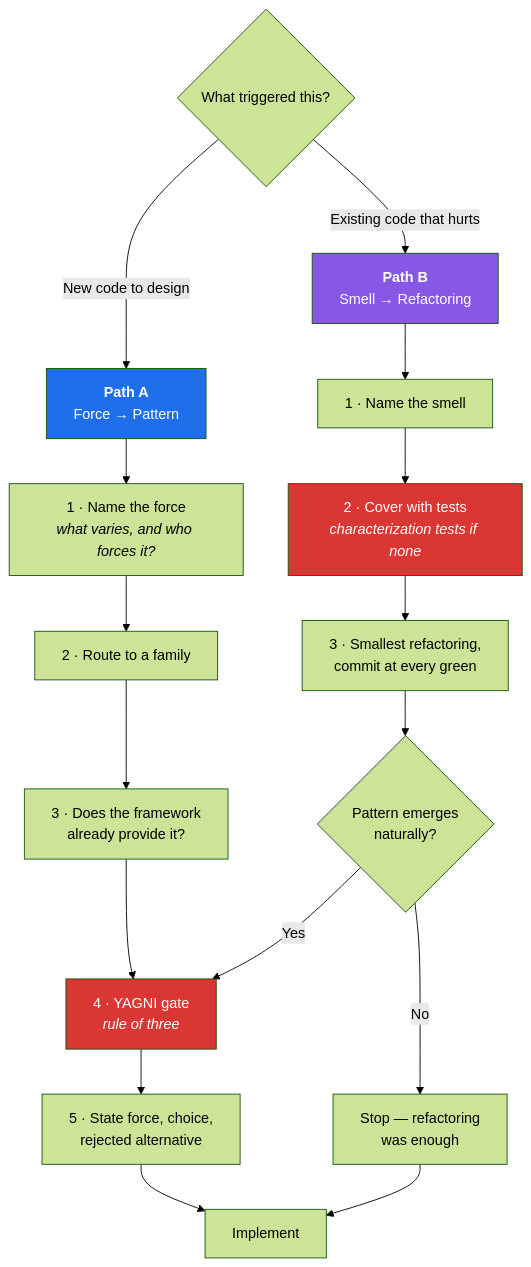
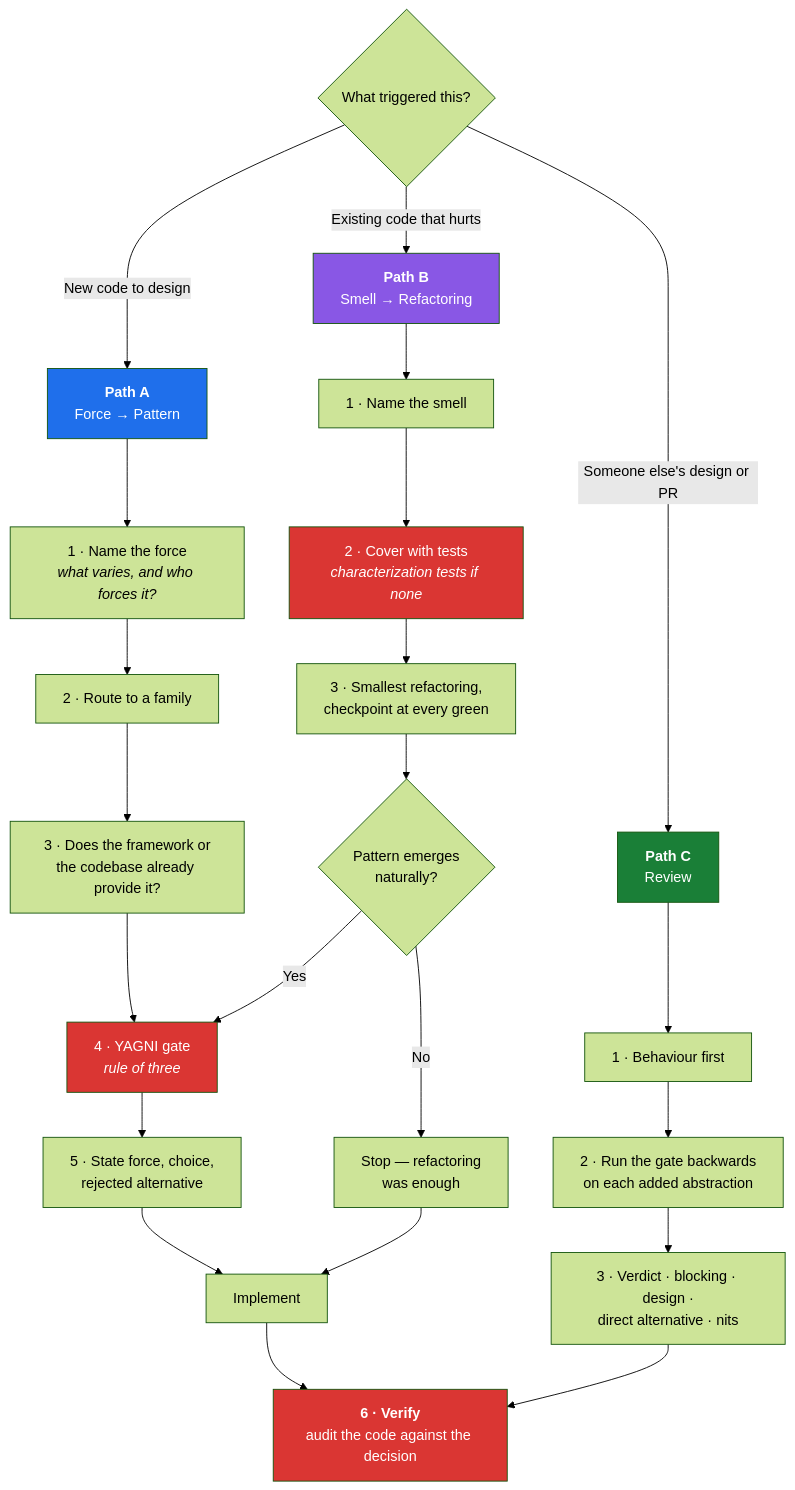
Before and after one commit to christianpasinrey/refactoring.guru-skill: the diagram in README.md, drawn with Mermaid (forest theme). The commit also changed other lines of this file and 12 other files, not shown here.

First line of the commit message:
Add review path, post-implementation verification and testing reference

````diff
--- a/README.md
+++ b/README.md
@@ -103,26 +105,35 @@
 ```mermaid
 flowchart TD
     T{What triggered this?} -->|New code to design| A["<b>Path A</b><br/>Force → Pattern"]
     T -->|Existing code that hurts| B["<b>Path B</b><br/>Smell → Refactoring"]
+    T -->|Someone else's design or PR| C["<b>Path C</b><br/>Review"]
 
     A --> A1["1 · Name the force<br/><i>what varies, and who forces it?</i>"]
     A1 --> A2["2 · Route to a family"]
-    A2 --> A3["3 · Does the framework<br/>already provide it?"]
+    A2 --> A3["3 · Does the framework or<br/>the codebase already provide it?"]
     A3 --> A4["4 · YAGNI gate<br/><i>rule of three</i>"]
     A4 --> A5["5 · State force, choice,<br/>rejected alternative"]
 
     B --> B1["1 · Name the smell"]
     B1 --> B2["2 · Cover with tests<br/><i>characterization tests if none</i>"]
-    B2 --> B3["3 · Smallest refactoring,<br/>commit at every green"]
+    B2 --> B3["3 · Smallest refactoring,<br/>checkpoint at every green"]
     B3 --> B4{"Pattern emerges<br/>naturally?"}
     B4 -->|Yes| A4
     B4 -->|No| B5["Stop — refactoring<br/>was enough"]
 
+    C --> C1["1 · Behaviour first"]
+    C1 --> C2["2 · Run the gate backwards<br/>on each added abstraction"]
+    C2 --> C3["3 · Verdict · blocking · design ·<br/>direct alternative · nits"]
+
     A5 --> Z[Implement]
     B5 --> Z
+    Z --> V["<b>6 · Verify</b><br/>audit the code against the decision"]
+    C3 --> V
 
     style A fill:#1f6feb,color:#fff
     style B fill:#8957e5,color:#fff
+    style C fill:#1a7f37,color:#fff
     style A4 fill:#da3633,color:#fff
     style B2 fill:#da3633,color:#fff
+    style V fill:#da3633,color:#fff
 ```
````
